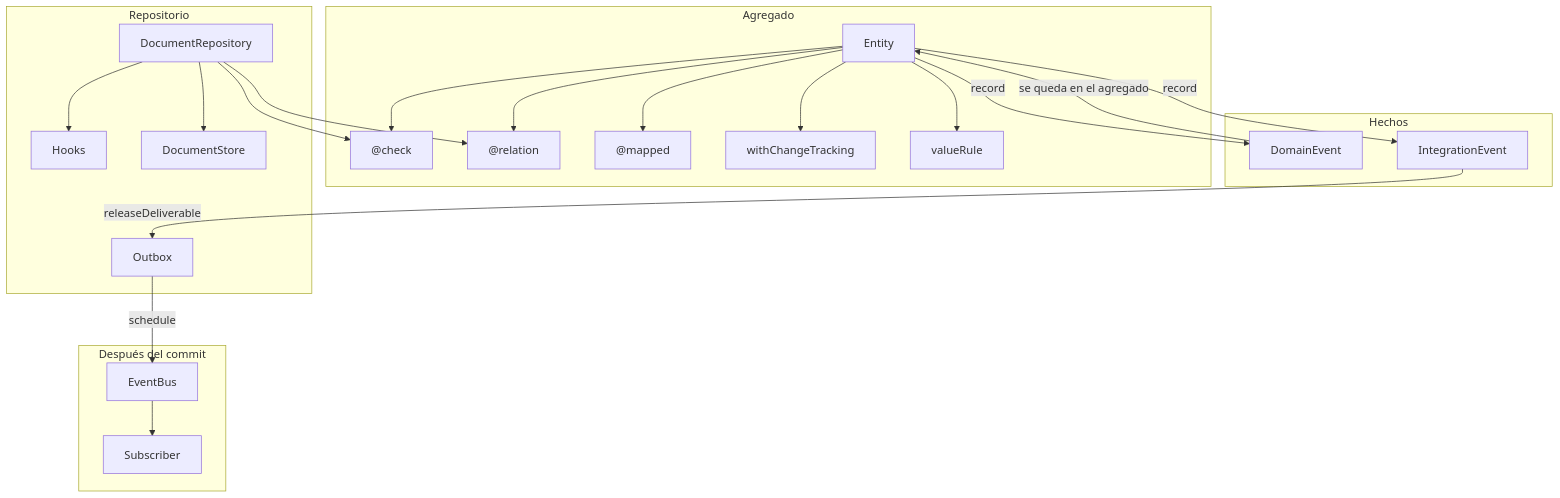
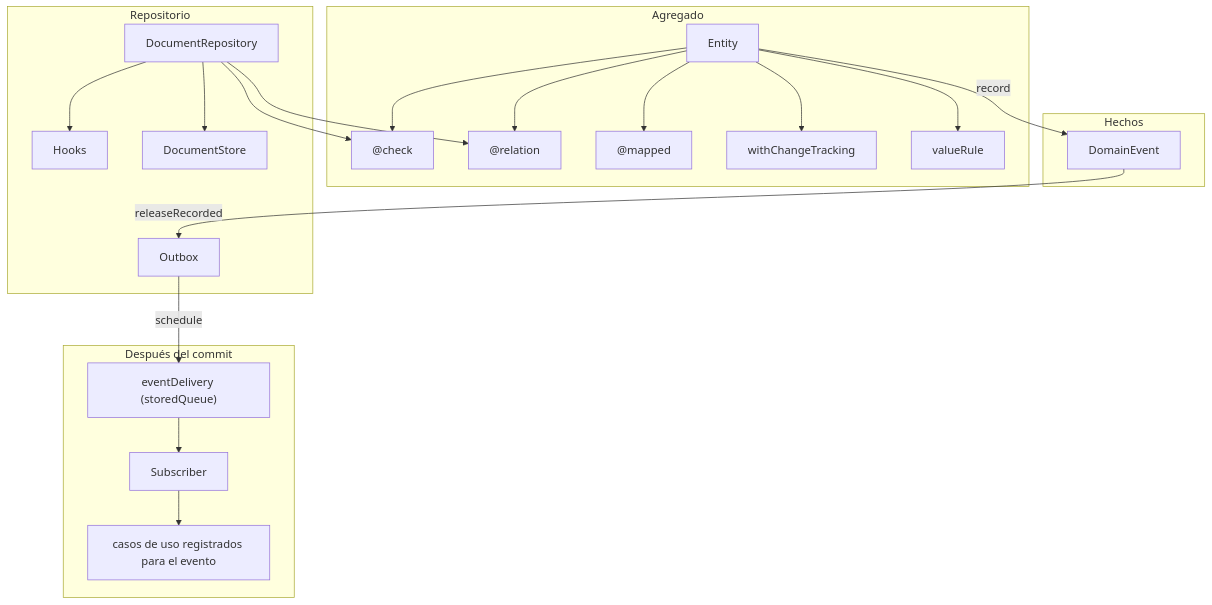
The first of 3 diagrams in docs/architecture-aggregate.md (Sincpro-SRL/sincpro_mobile), drawn with Mermaid before and after one commit. The commit also changed other lines of this file, not shown here.

First line of the commit message:
docs(#65): architecture-aggregate describes what 2.x stores and delivers

````diff
--- a/docs/architecture-aggregate.md
+++ b/docs/architecture-aggregate.md
@@ -31,44 +30,43 @@
 ```mermaid
 flowchart TB
   subgraph agregado [Agregado]
     entity[Entity]
     checks["@check"]
     relation["@relation"]
     mapped["@mapped"]
     tracked[withChangeTracking]
     values[valueRule]
   end
 
   subgraph hechos [Hechos]
     domainEvent[DomainEvent]
-    integrationEvent[IntegrationEvent]
   end
 
   subgraph puerto [Repositorio]
     hooks[Hooks]
     repo[DocumentRepository]
     store[DocumentStore]
     outbox[Outbox]
   end
 
   subgraph despues [Después del commit]
-    bus[EventBus]
+    queue["eventDelivery (storedQueue)"]
     subscriber[Subscriber]
+    useCase["casos de uso registrados para el evento"]
   end
 
   entity --> checks
   entity --> relation
   entity --> mapped
   entity --> tracked
   entity --> values
   entity -->|record| domainEvent
-  entity -->|record| integrationEvent
   repo --> hooks
   repo --> checks
   repo --> relation
   repo --> store
-  integrationEvent -->|releaseDeliverable| outbox
-  domainEvent -->|se queda en el agregado| entity
-  outbox -->|schedule| bus
-  bus --> subscriber
+  domainEvent -->|releaseRecorded| outbox
+  outbox -->|schedule| queue
+  queue --> subscriber
+  subscriber --> useCase
 ```
````
